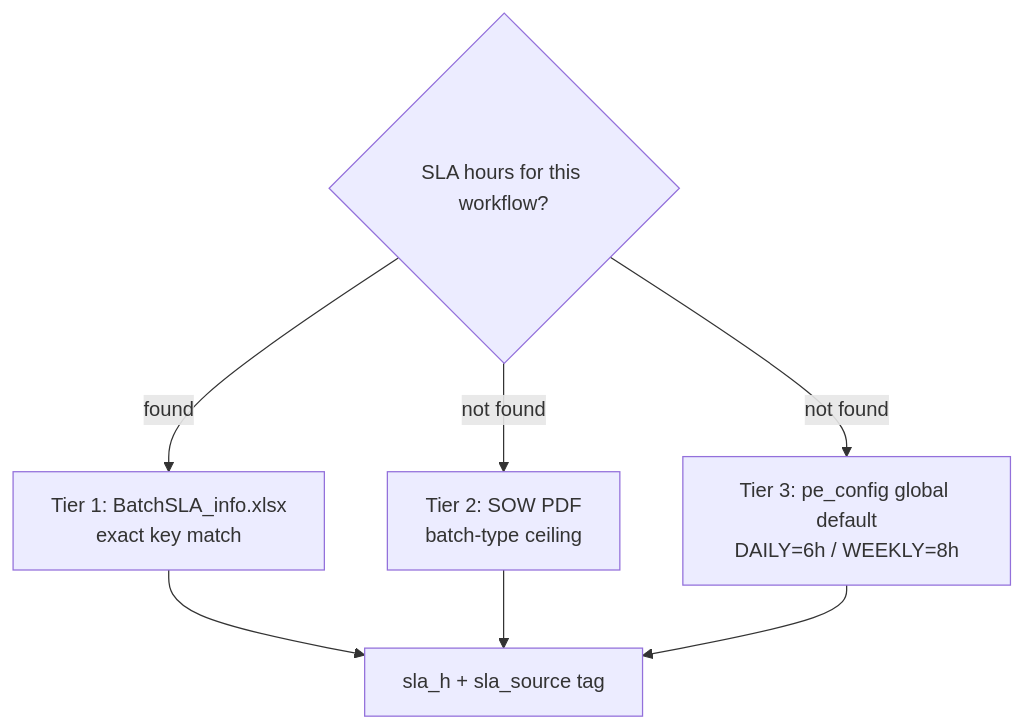
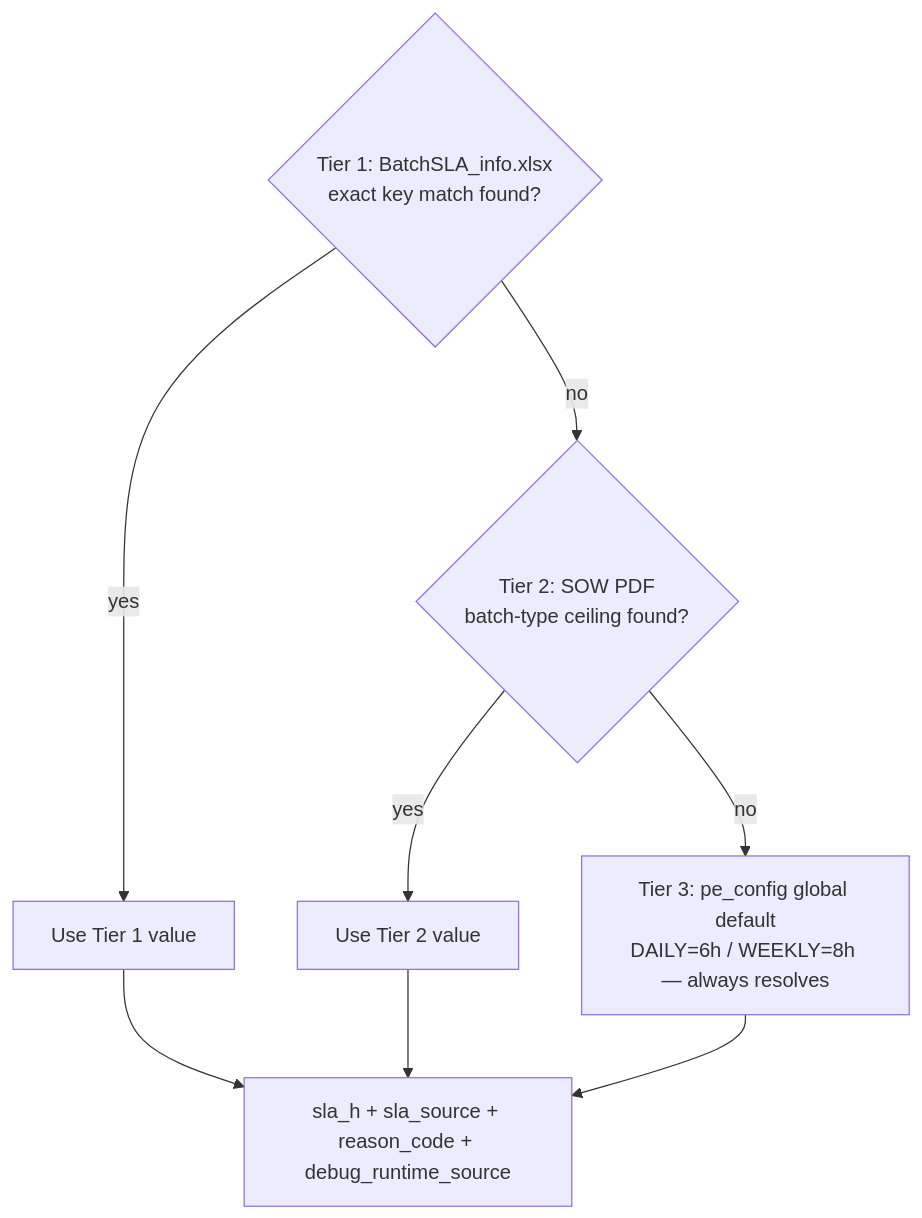
One commit to ayum321/PE_Dashboard changed the second of 9 diagrams in PE_Dashboard_Presentation.md. Above: the diagram before and after it, drawn with Mermaid. The commit also changed other lines of this file, not shown here.

````diff
--- a/PE_Dashboard_Presentation.md
+++ b/PE_Dashboard_Presentation.md
@@ -153,10 +153,11 @@
 ```mermaid
 flowchart TD
-    Q{SLA hours for this workflow?}
-    Q -->|found| T1[Tier 1: BatchSLA_info.xlsx\nexact key match]
-    Q -->|not found| T2[Tier 2: SOW PDF\nbatch-type ceiling]
-    Q -->|not found| T3[Tier 3: pe_config global default\nDAILY=6h / WEEKLY=8h]
-    T1 --> V[sla_h + sla_source tag]
+    Q1{Tier 1: BatchSLA_info.xlsx\nexact key match found?}
+    Q1 -->|yes| T1[Use Tier 1 value]
+    Q1 -->|no| Q2{Tier 2: SOW PDF\nbatch-type ceiling found?}
+    Q2 -->|yes| T2[Use Tier 2 value]
+    Q2 -->|no| T3[Tier 3: pe_config global default\nDAILY=6h / WEEKLY=8h — always resolves]
+    T1 --> V[sla_h + sla_source + reason_code + debug_runtime_source]
     T2 --> V
     T3 --> V
 ```
````
